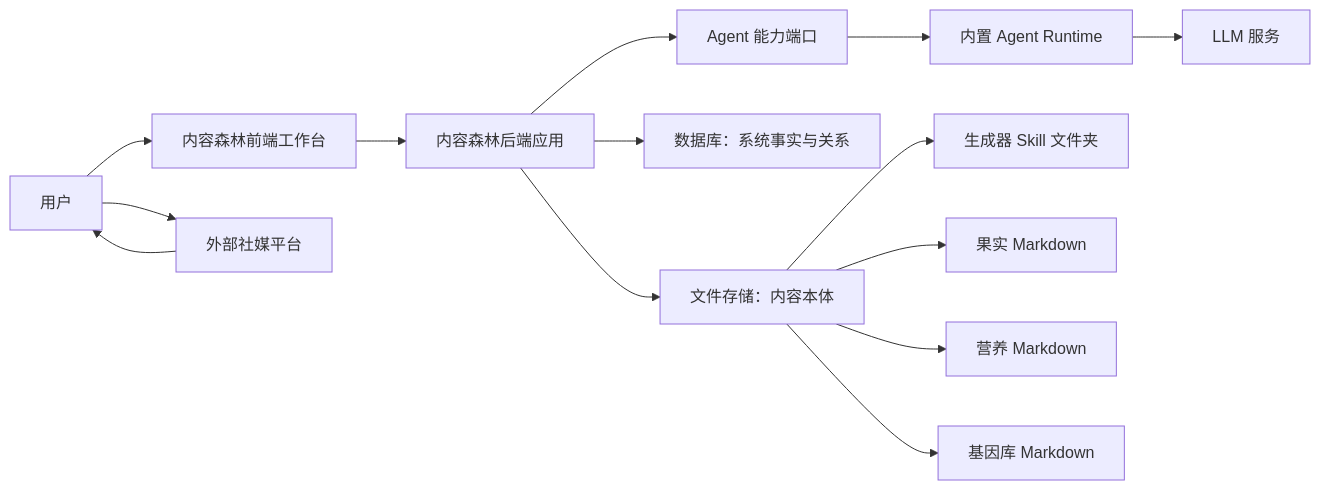
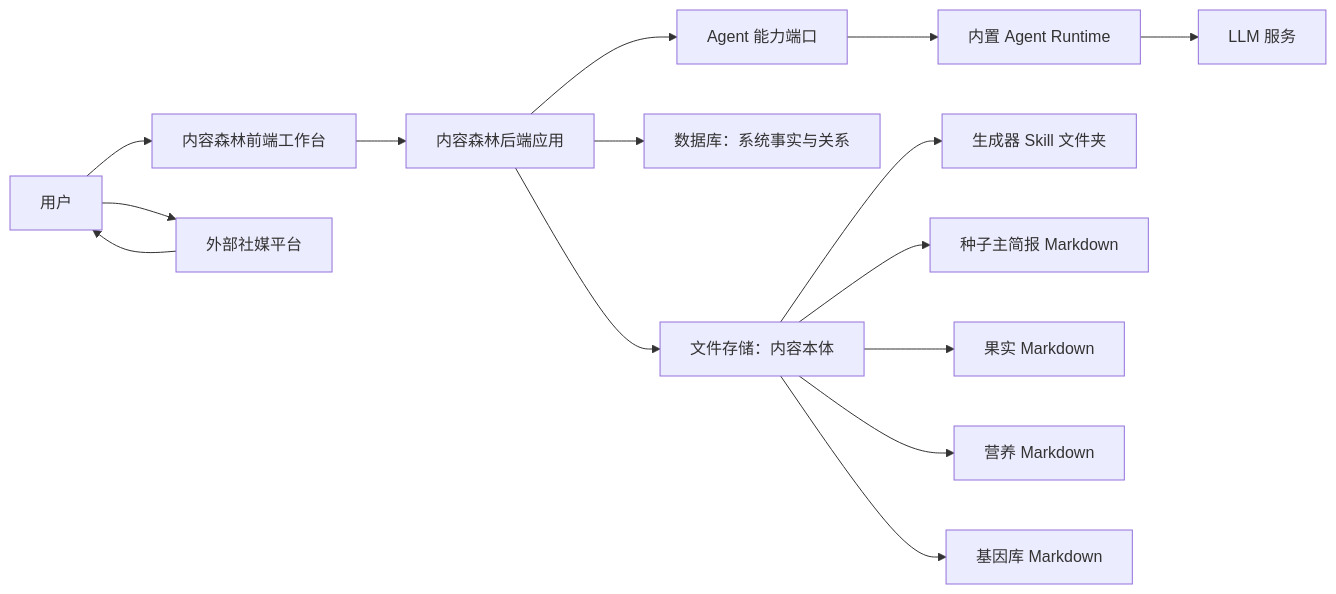
One commit to Time-Machine-Lab/ContentForest changed the first of 6 diagrams in docs/design/内容森林架构设计文档.md. Above: the diagram before and after it, drawn with Mermaid. The commit also changed other lines of this file and 72 other files, not shown here.

````diff
--- a/docs/design/内容森林架构设计文档.md
+++ b/docs/design/内容森林架构设计文档.md
@@ -19,16 +19,17 @@
 ```mermaid
 flowchart LR
     User["用户"] --> Frontend["内容森林前端工作台"]
     Frontend --> Backend["内容森林后端应用"]
     Backend --> AgentPort["Agent 能力端口"]
     AgentPort --> AgentRuntime["内置 Agent Runtime"]
     AgentRuntime --> LLM["LLM 服务"]
     Backend --> Database["数据库：系统事实与关系"]
     Backend --> FileStore["文件存储：内容本体"]
     FileStore --> Generators["生成器 Skill 文件夹"]
+    FileStore --> SeedBriefs["种子主简报 Markdown"]
     FileStore --> Fruits["果实 Markdown"]
     FileStore --> Nutrients["营养 Markdown"]
     FileStore --> Genes["基因库 Markdown"]
     User --> SocialPlatforms["外部社媒平台"]
     SocialPlatforms --> User
 ```
````
